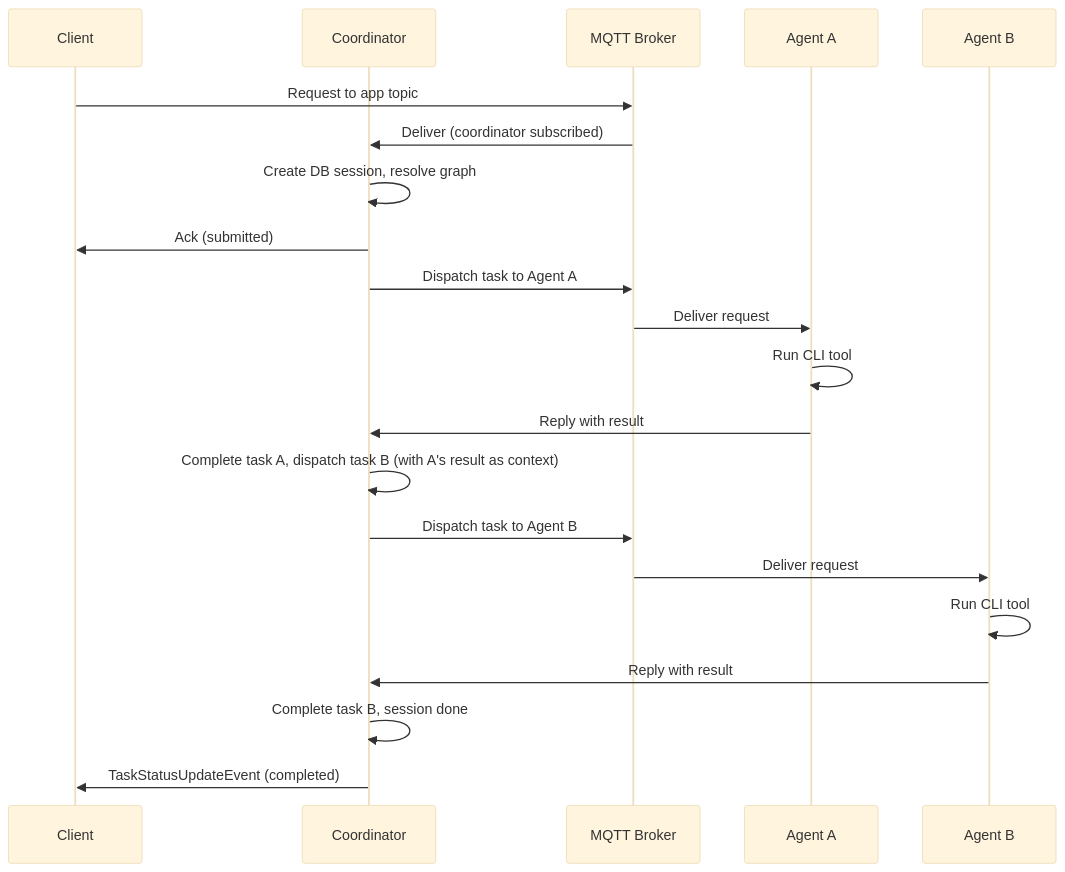
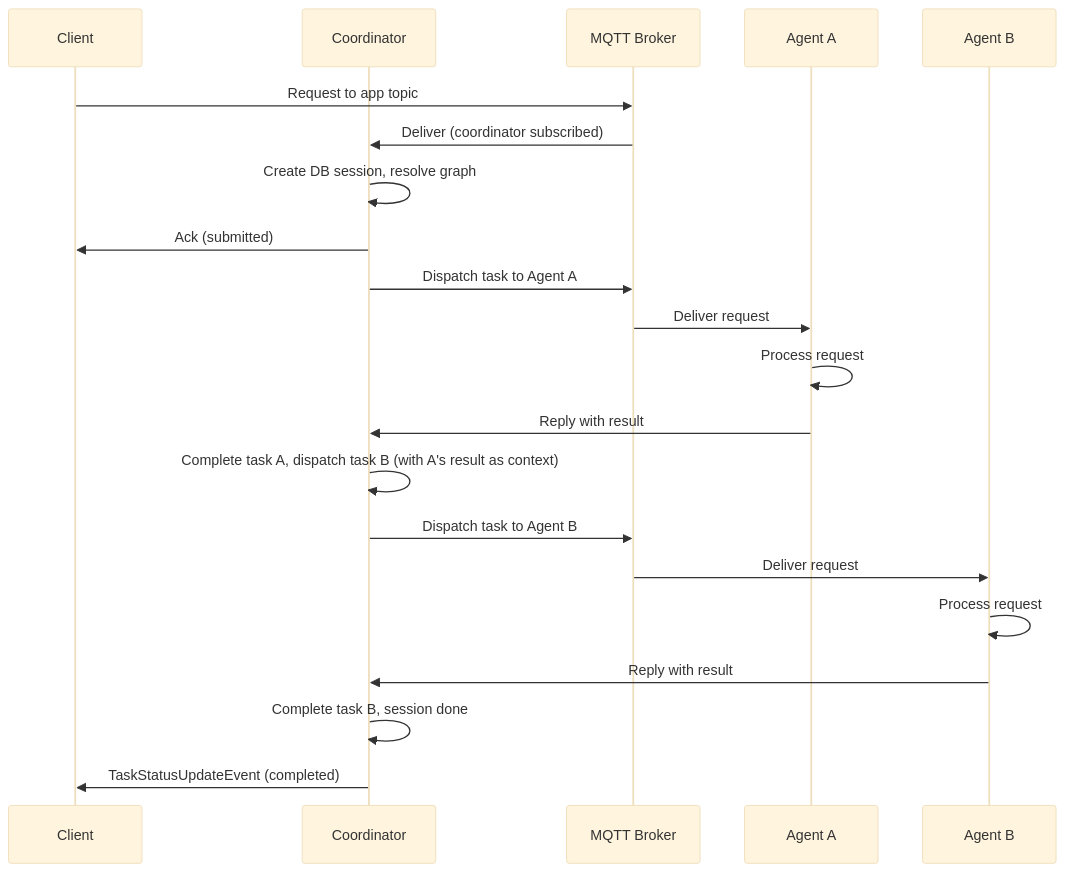
The second of 4 diagrams in docs/architecture.md (id/skitter), drawn with Mermaid (base theme) before and after one commit. The commit also changed other lines of this file and 5 other files, not shown here.

````diff
--- a/docs/architecture.md
+++ b/docs/architecture.md
@@ -69,24 +69,24 @@
 ```mermaid
 sequenceDiagram
     participant C as Client
     participant Co as Coordinator
     participant B as MQTT Broker
     participant A1 as Agent A
     participant A2 as Agent B
 
     C->>B: Request to app topic
     B->>Co: Deliver (coordinator subscribed)
     Co->>Co: Create DB session, resolve graph
     Co->>C: Ack (submitted)
     Co->>B: Dispatch task to Agent A
     B->>A1: Deliver request
-    A1->>A1: Run CLI tool
+    A1->>A1: Process request
     A1->>Co: Reply with result
     Co->>Co: Complete task A, dispatch task B (with A's result as context)
     Co->>B: Dispatch task to Agent B
     B->>A2: Deliver request
-    A2->>A2: Run CLI tool
+    A2->>A2: Process request
     A2->>Co: Reply with result
     Co->>Co: Complete task B, session done
     Co->>C: TaskStatusUpdateEvent (completed)
 ```
````
